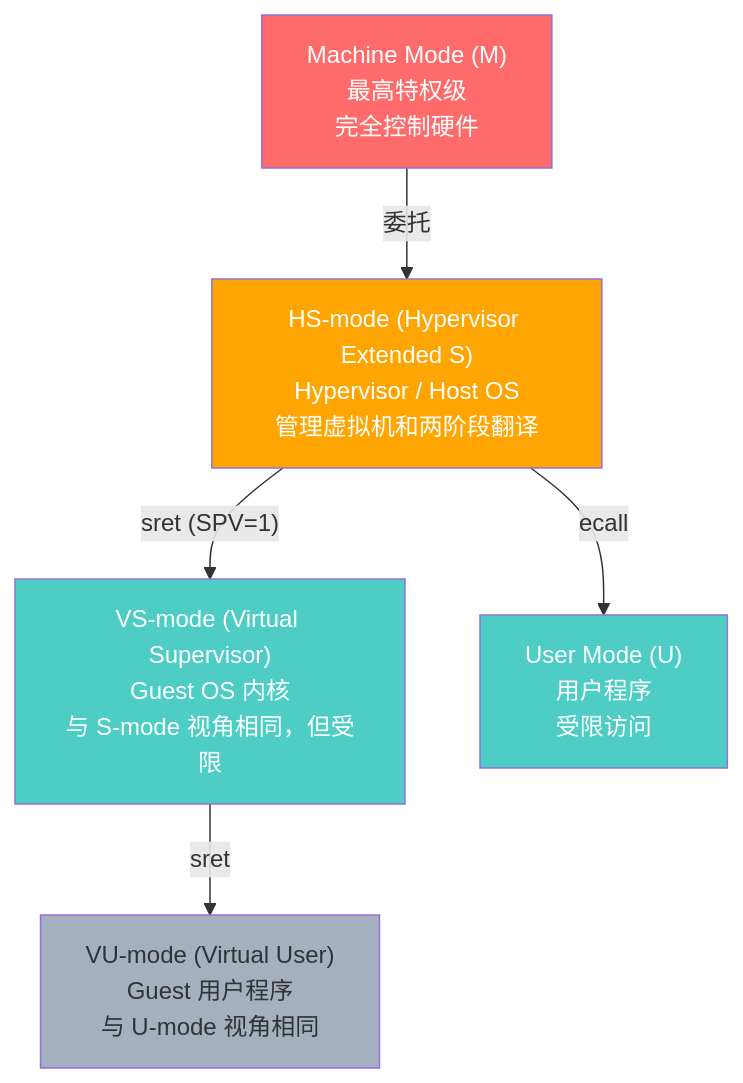
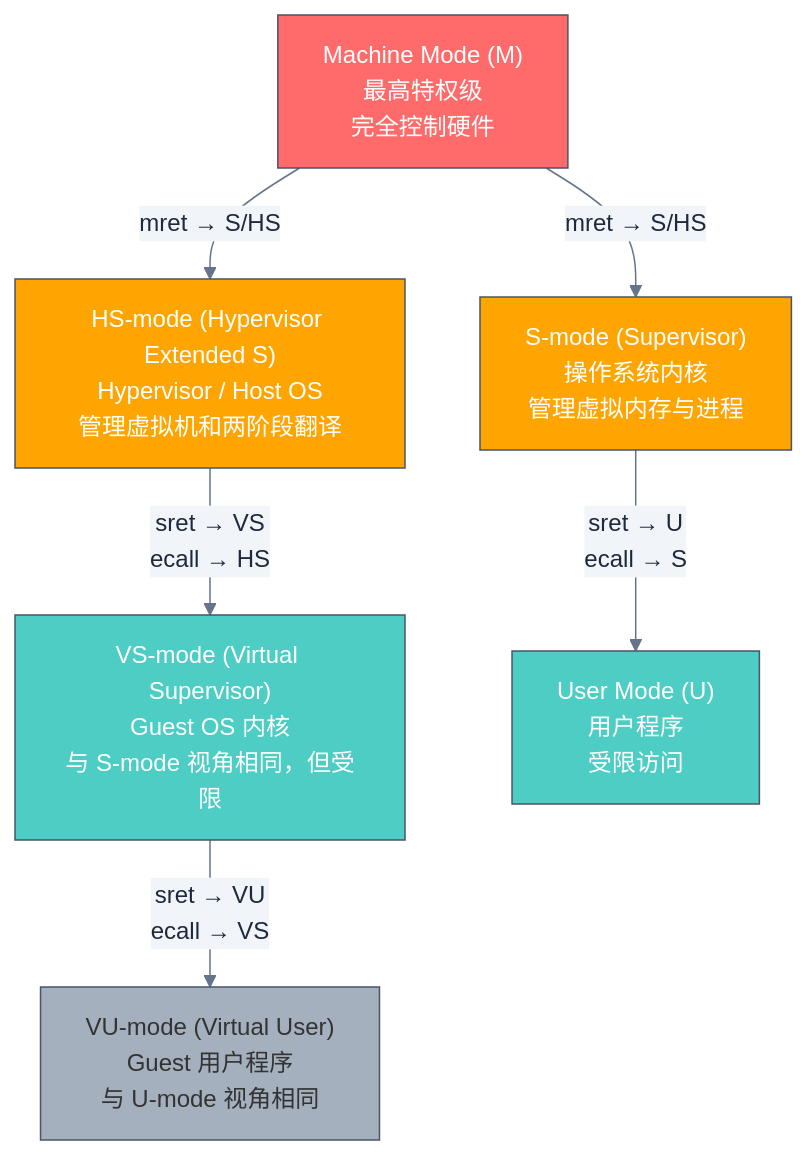
Before and after one commit to swjtuer326/cs-learning-notes: the first of 4 diagrams in riscv/03-privileged/privileged-modes-and-csr.md, drawn with Mermaid. The commit also changed other lines of this file and 23 other files, not shown here.

````diff
--- a/riscv/03-privileged/privileged-modes-and-csr.md
+++ b/riscv/03-privileged/privileged-modes-and-csr.md
@@ -20,19 +32,23 @@
 ```mermaid
+%%{init: {"theme": "base", "themeVariables": {"primaryColor": "#f8fafc", "primaryTextColor": "#1e293b", "primaryBorderColor": "#475569", "lineColor": "#64748b", "secondaryColor": "#f1f5f9", "secondaryBorderColor": "#94a3b8", "tertiaryColor": "#f8fafc", "fontFamily": "\"trebuchet ms\", verdana, arial, sans-serif"}}}%%
 graph TB
     M["Machine Mode (M)<br/>最高特权级<br/>完全控制硬件"]
     HS["HS-mode (Hypervisor Extended S)<br/>Hypervisor / Host OS<br/>管理虚拟机和两阶段翻译"]
+    S["S-mode (Supervisor)<br/>操作系统内核<br/>管理虚拟内存与进程"]
     VS["VS-mode (Virtual Supervisor)<br/>Guest OS 内核<br/>与 S-mode 视角相同，但受限"]
     VU["VU-mode (Virtual User)<br/>Guest 用户程序<br/>与 U-mode 视角相同"]
     U["User Mode (U)<br/>用户程序<br/>受限访问"]
 
-    M --> |"委托"| HS
-    HS --> |"sret (SPV=1)"| VS
-    VS --> |"sret"| VU
-    HS --> |"ecall"| U
+    M --> |"mret → S/HS"| HS
+    M --> |"mret → S/HS"| S
+    S --> |"sret → U<br/>ecall → S"| U
+    HS --> |"sret → VS<br/>ecall → HS"| VS
+    VS --> |"sret → VU<br/>ecall → VS"| VU
 
     style M fill:#ff6b6b,color:#fff
     style HS fill:#ffa502,color:#fff
+    style S fill:#ffa502,color:#fff
     style VS fill:#4ecdc4,color:#fff
     style VU fill:#a4b0be,color:#333
     style U fill:#4ecdc4,color:#fff
 ```
````
